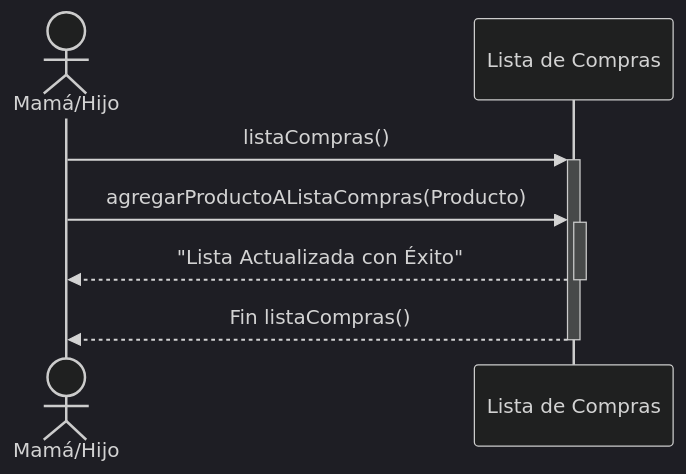
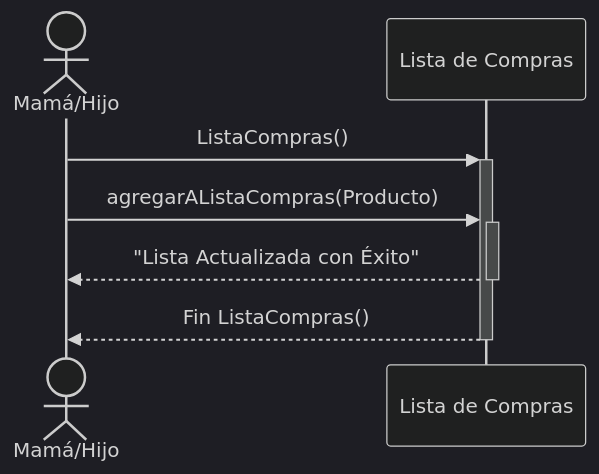
Before and after one commit to LocoUnPocoNadaMas/Lista-Compras: the sixth of 11 diagrams in README.md, drawn with Mermaid (dark theme). The commit also changed other lines of this file, not shown here.

````diff
--- a/README.md
+++ b/README.md
@@ -637,8 +644,8 @@
 ```mermaid
 sequenceDiagram
     Actor A as Mamá/Hijo
-    A->>+Lista de Compras: listaCompras()
-    A->>+Lista de Compras: agregarProductoAListaCompras(Producto)
+    A->>+Lista de Compras: ListaCompras()
+    A->>+Lista de Compras: agregarAListaCompras(Producto)
     Lista de Compras-->>-A: "Lista Actualizada con Éxito"
-    Lista de Compras-->>-A: Fin listaCompras()
+    Lista de Compras-->>-A: Fin ListaCompras()
 ```
````
